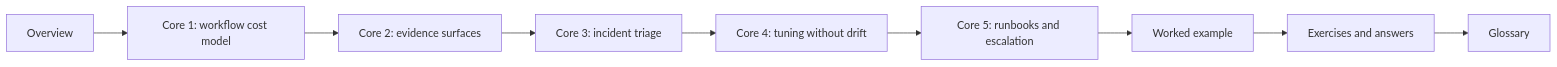
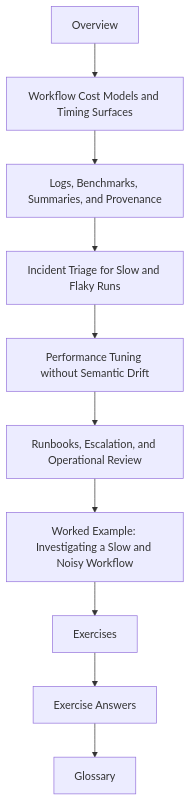
One commit to bijux/bijux-masterclass changed the second of 2 diagrams in programs/reproducible-research/deep-dive-snakemake/course-book/module-09-performance-observability-incident-response/index.md. Above: the diagram before and after it, drawn with Mermaid. The commit also changed other lines of this file and 2 other files, not shown here.

Commit message:
docs(snakemake): teach incident evidence routes

````diff
--- a/programs/reproducible-research/deep-dive-snakemake/course-book/module-09-performance-observability-incident-response/index.md
+++ b/programs/reproducible-research/deep-dive-snakemake/course-book/module-09-performance-observability-incident-response/index.md
@@ -77,11 +65,12 @@
 ```mermaid
-flowchart LR
-  overview["Overview"] --> core1["Core 1: workflow cost model"]
-  core1 --> core2["Core 2: evidence surfaces"]
-  core2 --> core3["Core 3: incident triage"]
-  core3 --> core4["Core 4: tuning without drift"]
-  core4 --> core5["Core 5: runbooks and escalation"]
-  core5 --> example["Worked example"]
-  example --> practice["Exercises and answers"]
-  practice --> glossary["Glossary"]
+flowchart TD
+  start["Overview"] --> core1["Workflow Cost Models and Timing Surfaces"]
+  core1 --> core2["Logs, Benchmarks, Summaries, and Provenance"]
+  core2 --> core3["Incident Triage for Slow and Flaky Runs"]
+  core3 --> core4["Performance Tuning without Semantic Drift"]
+  core4 --> core5["Runbooks, Escalation, and Operational Review"]
+  core5 --> example["Worked Example: Investigating a Slow and Noisy Workflow"]
+  example --> practice["Exercises"]
+  practice --> answers["Exercise Answers"]
+  answers --> glossary["Glossary"]
 ```
````
